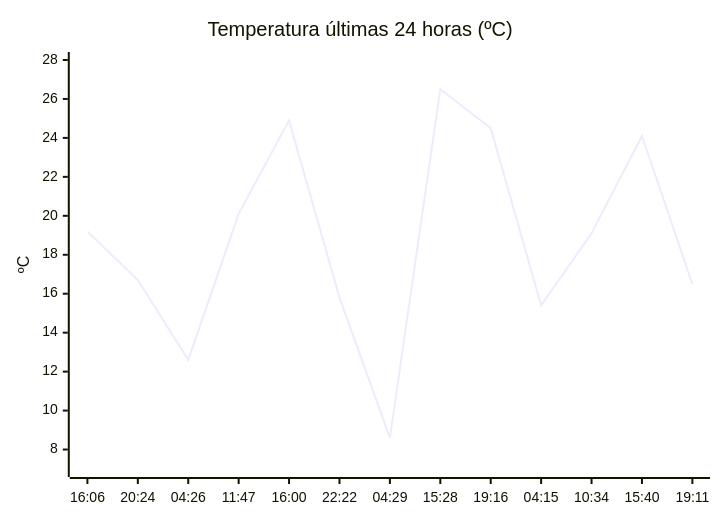
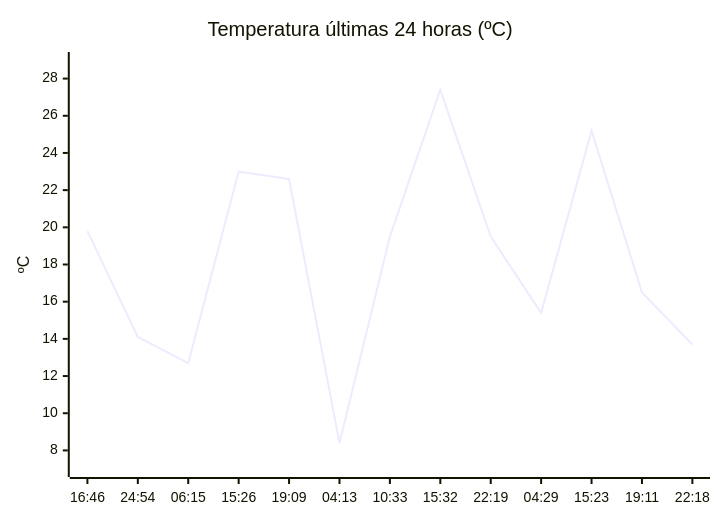
The diagram in README.md (solidsnk86/rem-scrap), drawn with Mermaid before and after one commit. The commit also changed other lines of this file, not shown here.

````diff
--- a/README.md
+++ b/README.md
@@ -28,7 +36,7 @@
 ```mermaid
 xychart-beta
     title "Temperatura últimas 24 horas (ºC)"
-    x-axis ["16:06", "20:24", "04:26", "11:47", "16:00", "22:22", "04:29", "15:28", "19:16", "04:15", "10:34", "15:40", "19:11"]
-    y-axis "ºC" 7 --> 28
-    line [19.2, 16.7, 12.6, 20.1, 24.9, 15.8, 8.6, 26.5, 24.5, 15.4, 19.1, 24.1, 16.5]
+    x-axis ["16:46", "24:54", "06:15", "15:26", "19:09", "04:13", "10:33", "15:32", "22:19", "04:29", "15:23", "19:11", "22:18"]
+    y-axis "ºC" 7 --> 29
+    line [19.8, 14.1, 12.7, 23, 22.6, 8.4, 19.5, 27.4, 19.5, 15.4, 25.2, 16.5, 13.7]
 ```
````
